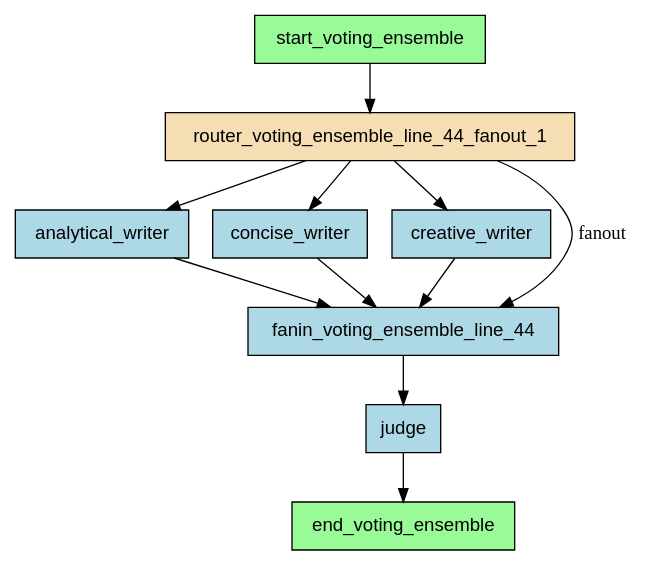
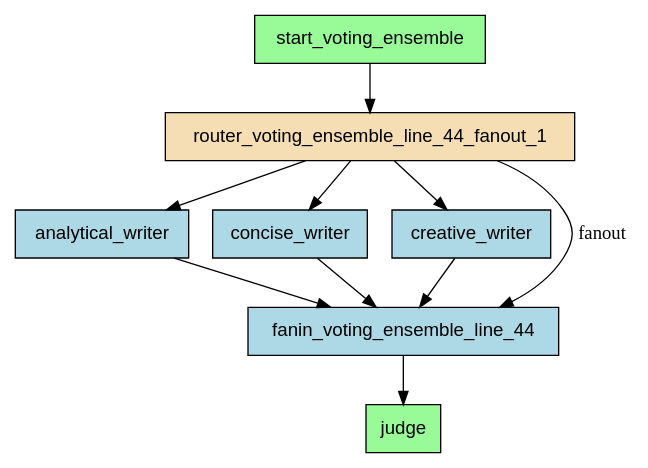
The diagram in examples/flows/agentic/compiled/voting_ensemble/flow.dot (deliveryhero/asya), drawn with Graphviz before and after one commit. The commit also changed 339 other files, not shown here.

First line of the commit message:
feat(compiler): remove end_ router, add graph validation, visual improvements

```diff
--- a/examples/flows/agentic/compiled/voting_ensemble/flow.dot
+++ b/examples/flows/agentic/compiled/voting_ensemble/flow.dot
@@ -1,24 +1,22 @@
 digraph "voting_ensemble" {
     rankdir=TB;
     node [shape=box, style=filled, fontname="Helvetica"];
 
     analytical_writer [label="analytical_writer", fillcolor=lightblue];
     concise_writer [label="concise_writer", fillcolor=lightblue];
     creative_writer [label="creative_writer", fillcolor=lightblue];
-    end_voting_ensemble [label="end_voting_ensemble", fillcolor=palegreen];
     fanin_voting_ensemble_line_44 [label="fanin_voting_ensemble_line_44", fillcolor=lightblue];
-    judge [label="judge", fillcolor=lightblue];
+    judge [label="judge", fillcolor=palegreen];
     router_voting_ensemble_line_44_fanout_1 [label="router_voting_ensemble_line_44_fanout_1", fillcolor=wheat];
     start_voting_ensemble [label="start_voting_ensemble", fillcolor=palegreen];
 
     start_voting_ensemble -> router_voting_ensemble_line_44_fanout_1;
     router_voting_ensemble_line_44_fanout_1 -> fanin_voting_ensemble_line_44 [label="fanout"];
     fanin_voting_ensemble_line_44 -> judge;
     router_voting_ensemble_line_44_fanout_1 -> creative_writer;
     creative_writer -> fanin_voting_ensemble_line_44;
     router_voting_ensemble_line_44_fanout_1 -> analytical_writer;
     analytical_writer -> fanin_voting_ensemble_line_44;
     router_voting_ensemble_line_44_fanout_1 -> concise_writer;
     concise_writer -> fanin_voting_ensemble_line_44;
-    judge -> end_voting_ensemble;
 }
```
